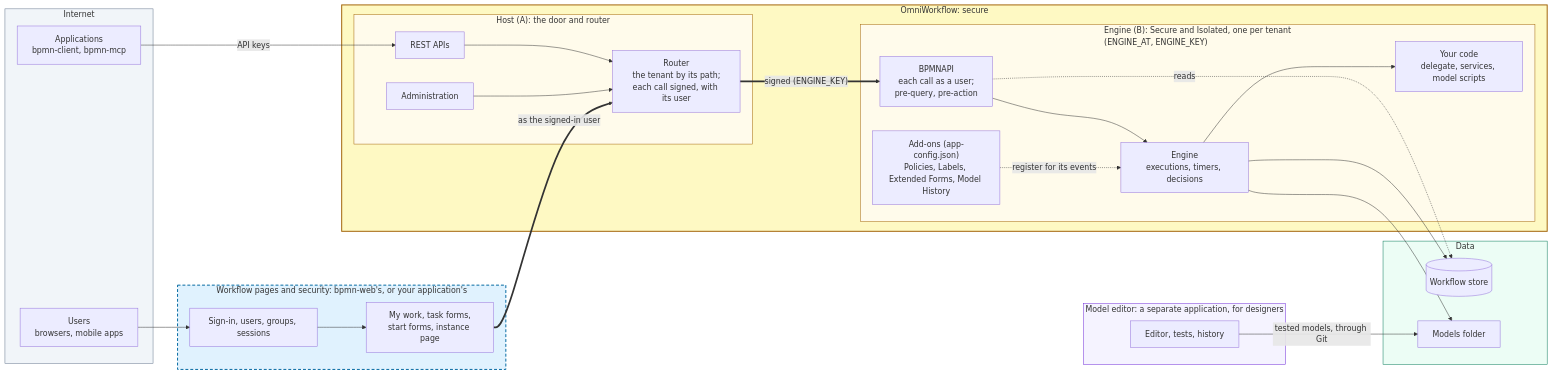
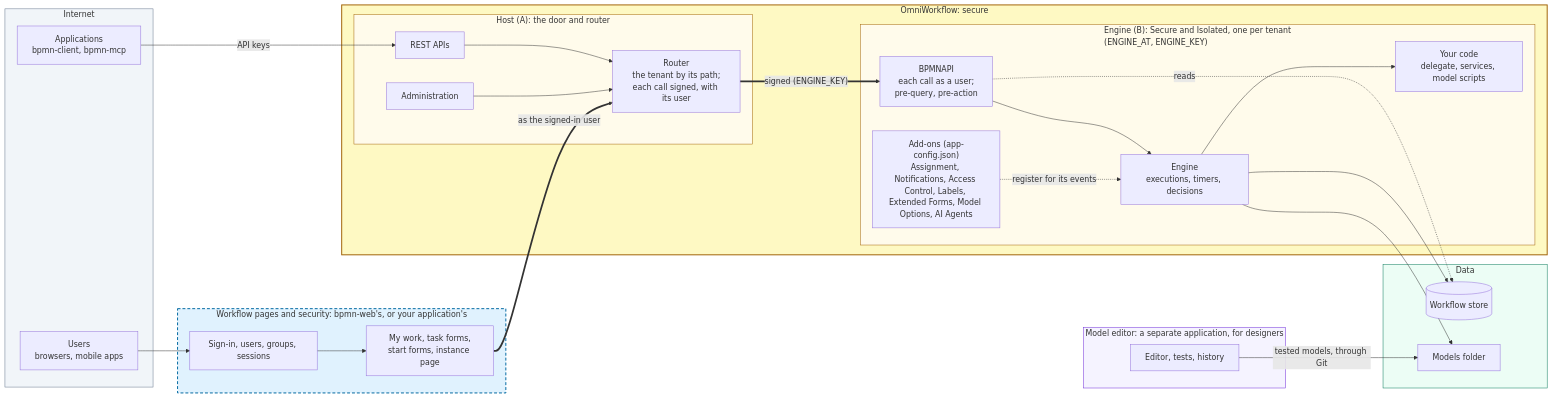
The first of 4 diagrams in docs/docs/architecture.md (bpmnServer/bpmn-server), drawn with Mermaid before and after one commit. The commit also changed other lines of this file and 5 other files, not shown here.

````diff
--- a/docs/docs/architecture.md
+++ b/docs/docs/architecture.md
@@ -72,63 +72,63 @@
 ```mermaid
 flowchart LR
   subgraph Internet["Internet"]
     People["Users<br/>browsers, mobile apps"]
     Others["Applications<br/>bpmn-client, bpmn-mcp"]
   end
 
   subgraph UIZone["Workflow pages and security: bpmn-web's, or your application's"]
     Sec["Sign-in, users, groups, sessions"]
     Pages["My work, task forms,<br/>start forms, instance page"]
     Sec --> Pages
   end
 
   subgraph Core["OmniWorkflow: secure"]
     subgraph HostZone["Host (A): the door and router"]
       REST["REST APIs"]
       Admin["Administration"]
       Router["Router<br/>the tenant by its path;<br/>each call signed, with its user"]
       REST --> Router
       Admin --> Router
     end
     subgraph EngineZone["Engine (B): Secure and Isolated, one per tenant <br/>(ENGINE_AT, ENGINE_KEY)"]
       API["BPMNAPI<br/>each call as a user;<br/>pre-query, pre-action"]
       Engine["Engine<br/>executions, timers, decisions"]
       Code["Your code<br/>delegate, services, model scripts"]
-      AddOns["Add-ons (app-config.json)<br/>Policies, Labels, Extended Forms, Model History"]
+      AddOns["Add-ons (app-config.json)<br/>Assignment, Notifications, Access Control, Labels, Extended Forms, Model Options, AI Agents"]
       API --> Engine
       Engine --> Code
       AddOns -. "register for its events" .-> Engine
     end
   end
 
   subgraph DataZone["Data"]
     Store[("Workflow store")]
     Models["Models folder"]
   end
 
   subgraph EditorZone["Model editor: a separate application, for designers"]
     Editor["Editor, tests, history"]
   end
 
   People --> Sec
   Others -- "API keys" --> REST
   Pages == "as the signed-in user" ==> Router
   Router == "signed (ENGINE_KEY)" ==> API
   API -. "reads" .-> Store
   Engine --> Store
   Engine --> Models
   Editor -- "tested models, through Git" --> Models
 
   classDef outside fill:#f1f5f9,stroke:#64748b,stroke-width:1px
   classDef replace fill:#e0f2fe,stroke:#0369a1,stroke-width:2px,stroke-dasharray:6 4
   classDef private fill:#fef9c3,stroke:#a16207,stroke-width:2px
   classDef inner fill:#fffbeb,stroke:#a16207,stroke-width:1px
   classDef data fill:#ecfdf5,stroke:#047857,stroke-width:1px
   classDef design fill:#f5f3ff,stroke:#6d28d9,stroke-width:1px
   class Internet outside
   class UIZone replace
   class Core private
   class HostZone,EngineZone inner
   class DataZone data
   class EditorZone design
 ```
````
